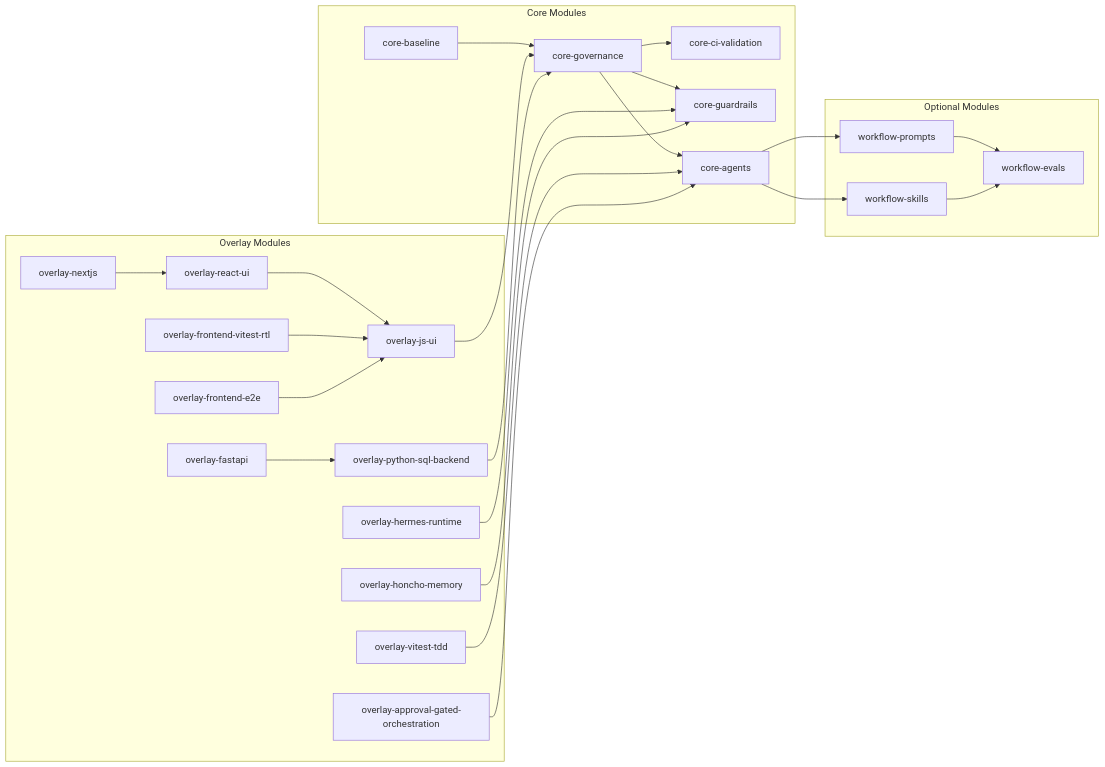
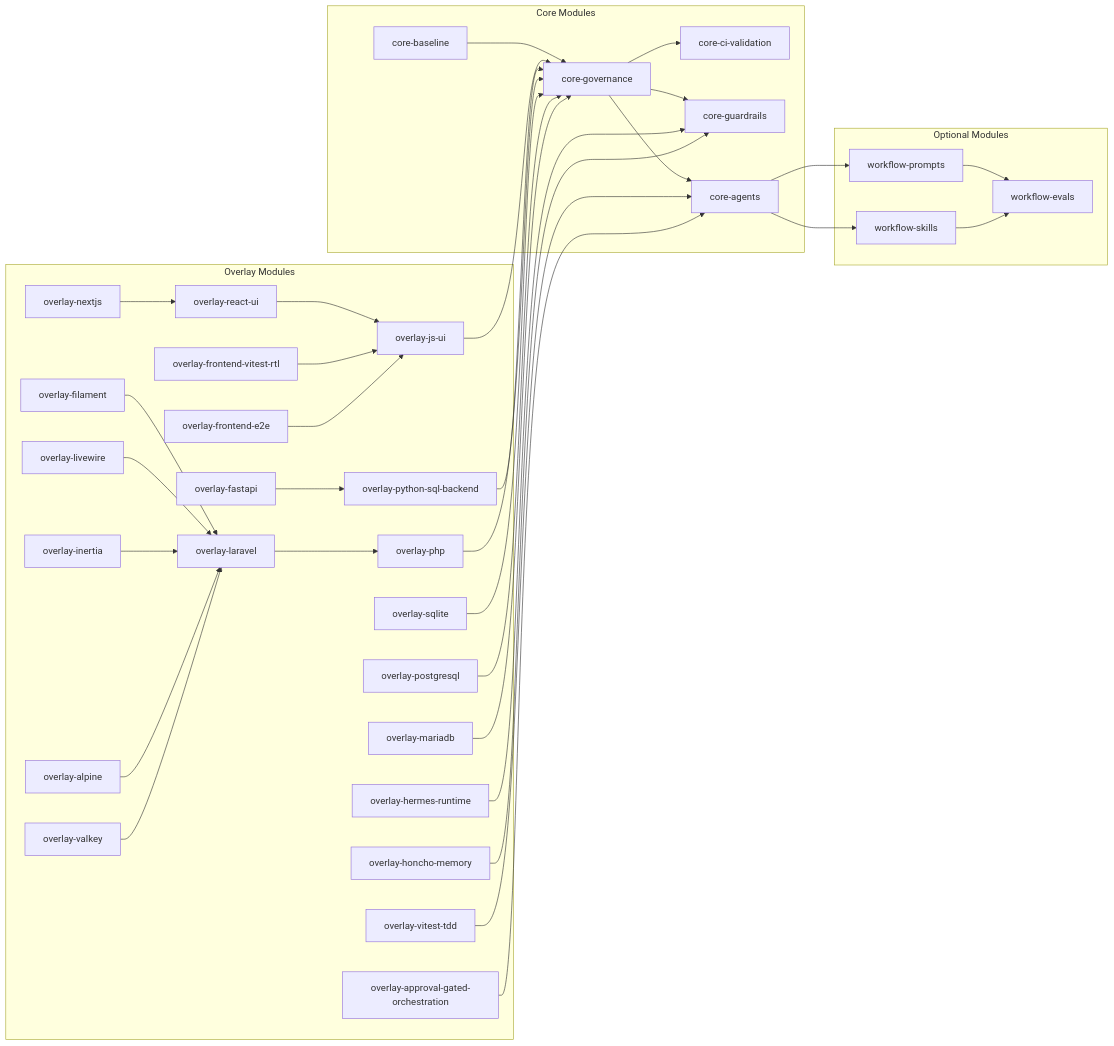
One commit to psyk01337/Agentic-Development-Starter changed the second of 10 diagrams in docs/ARCHITECTURE.md. Above: the diagram before and after it, drawn with Mermaid. The commit also changed other lines of this file and 16 other files, not shown here.

````diff
--- a/docs/ARCHITECTURE.md
+++ b/docs/ARCHITECTURE.md
@@ -66,50 +66,70 @@
 ```mermaid
 graph LR
     subgraph "Core Modules"
         CB[core-baseline]
         CG[core-governance]
         CC[core-ci-validation]
         CD[core-guardrails]
         CE[core-agents]
     end
-    
+
     subgraph "Optional Modules"
         WP[workflow-prompts]
         WS[workflow-skills]
         WE[workflow-evals]
     end
-    
+
     subgraph "Overlay Modules"
         OJS[overlay-js-ui]
         ORU[overlay-react-ui]
         ONJ[overlay-nextjs]
         OFV[overlay-frontend-vitest-rtl]
         OFE[overlay-frontend-e2e]
         OPS[overlay-python-sql-backend]
         OFA[overlay-fastapi]
+        OPH[overlay-php]
+        OLV[overlay-laravel]
+        OFI[overlay-filament]
+        OLW[overlay-livewire]
+        OIN[overlay-inertia]
+        OAL[overlay-alpine]
+        OVK[overlay-valkey]
+        OSQ[overlay-sqlite]
+        OPG[overlay-postgresql]
+        OMA[overlay-mariadb]
         OVT[overlay-vitest-tdd]
         OAG[overlay-approval-gated-orchestration]
         OHR[overlay-hermes-runtime]
         OHM[overlay-honcho-memory]
     end
-    
+
     CB --> CG
     CG --> CC
     CG --> CD
     CG --> CE
     CE --> WP
     CE --> WS
     WP --> WE
     WS --> WE
     OJS --> CG
     ORU --> OJS
     ONJ --> ORU
     OFV --> OJS
     OFE --> OJS
     OPS --> CG
     OFA --> OPS
+    OPH --> CG
+    OLV --> OPH
+    OFI --> OLV
+    OLW --> OLV
+    OIN --> OLV
+    OAL --> OLV
+    OVK --> OLV
+    OSQ --> CG
+    OPG --> CG
+    OMA --> CG
     OVT --> CE
     OAG --> CE
     OHR --> CD
     OHM --> CD
 ```
````
